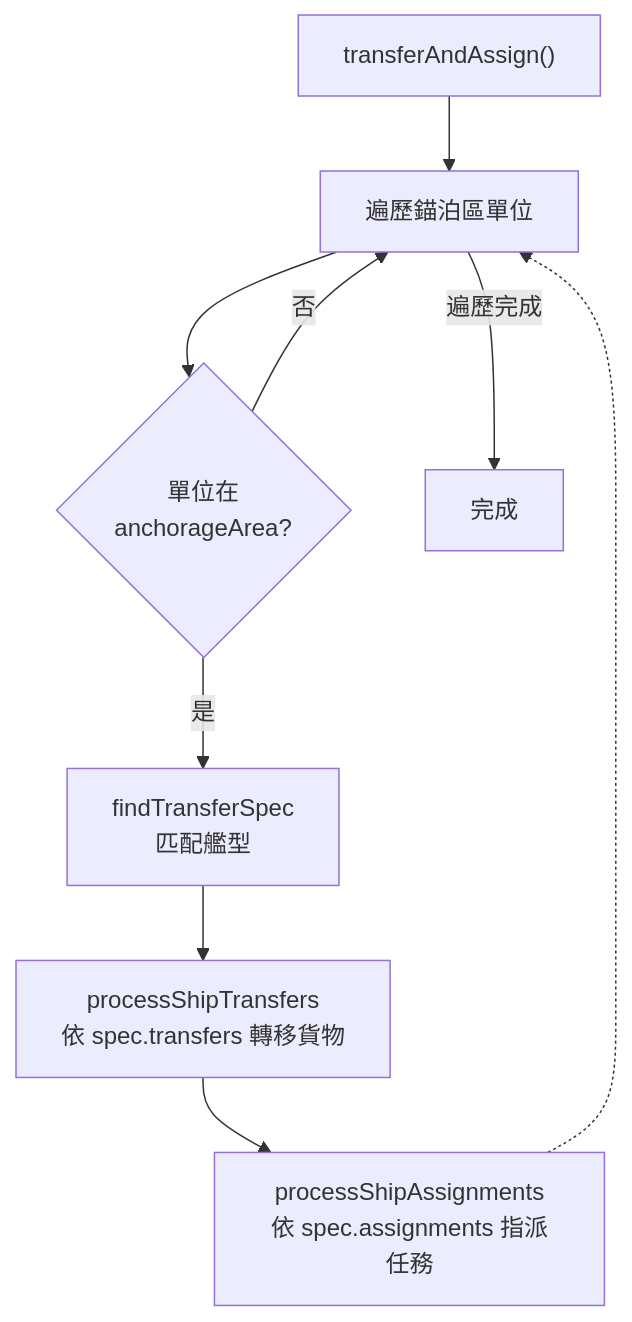
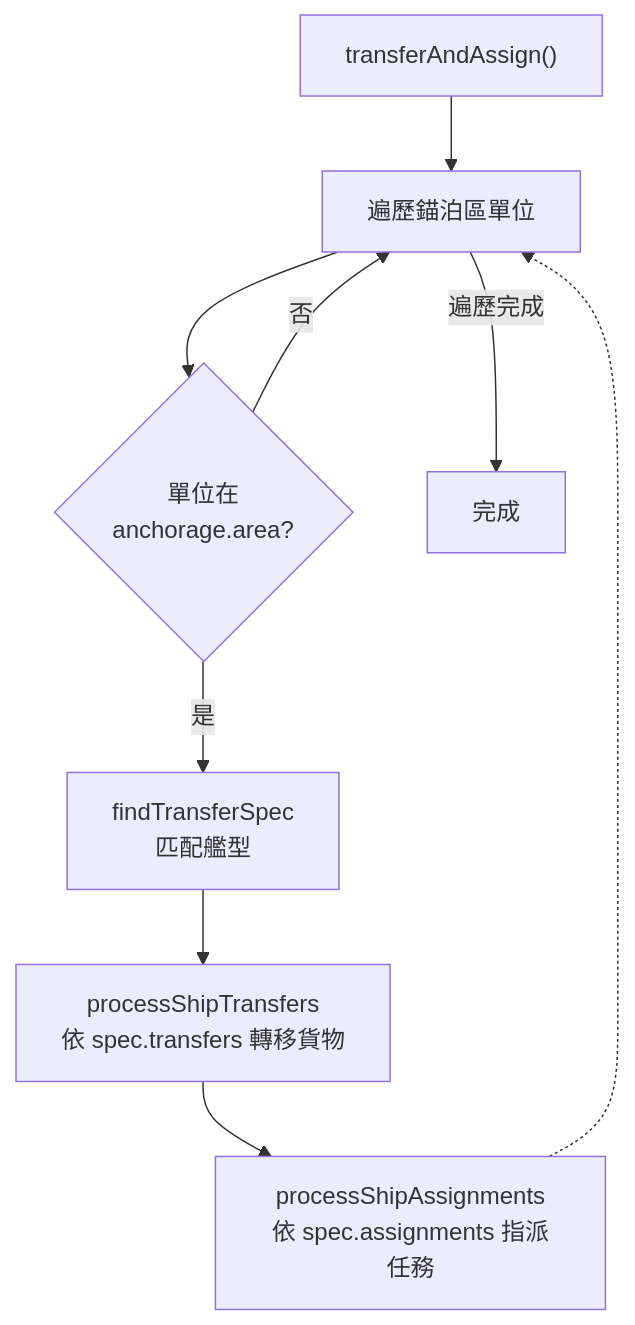
The diagram in docs/landingOps/amphibiousLogistics.md (pullupjumper/formosa-in-flames), drawn with Mermaid before and after one commit. The commit also changed other lines of this file and 30 other files, not shown here.

````diff
--- a/docs/landingOps/amphibiousLogistics.md
+++ b/docs/landingOps/amphibiousLogistics.md
@@ -48,16 +48,16 @@
 ```mermaid
 flowchart TD
     START["transferAndAssign()"]
     ITER_UNIT["遍歷錨泊區單位"]
-    IN_AREA{單位在<br>anchorageArea?}
+    IN_AREA{單位在<br>anchorage.area?}
     FIND_SPEC["findTransferSpec<br>匹配艦型"]
     TRANSFER["processShipTransfers<br>依 spec.transfers 轉移貨物"]
     ASSIGN["processShipAssignments<br>依 spec.assignments 指派任務"]
     DONE["完成"]
 
     START --> ITER_UNIT --> IN_AREA
     IN_AREA -->|是| FIND_SPEC --> TRANSFER --> ASSIGN
     ASSIGN -.-> ITER_UNIT
     IN_AREA -->|否| ITER_UNIT
     ITER_UNIT -->|遍歷完成| DONE
 ```
````
